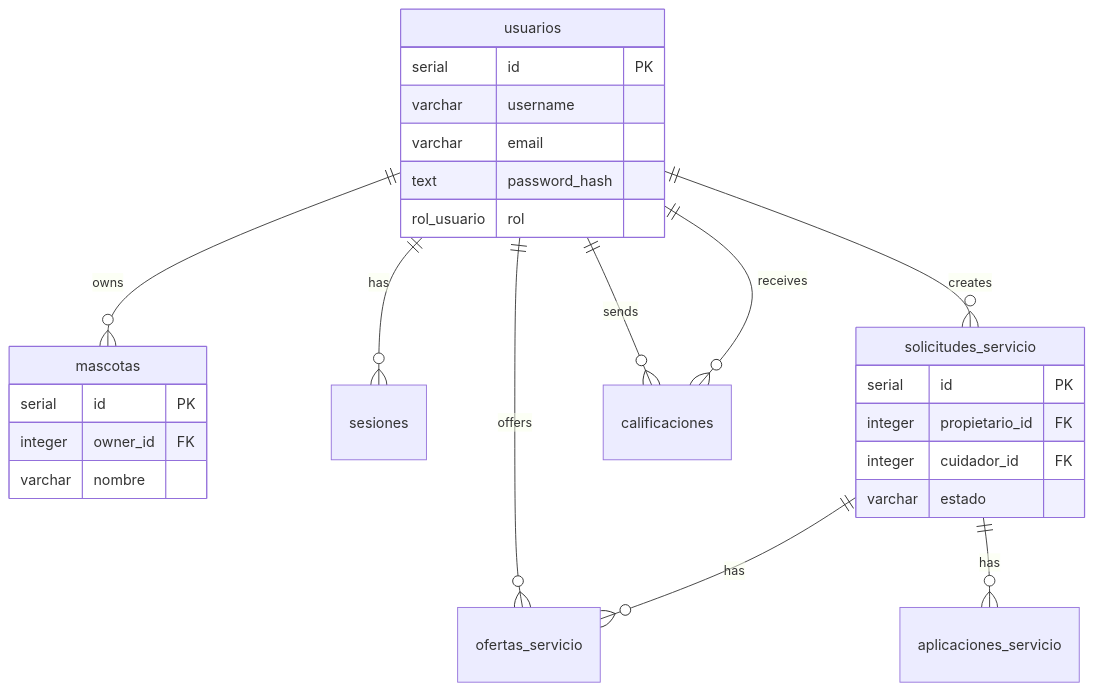
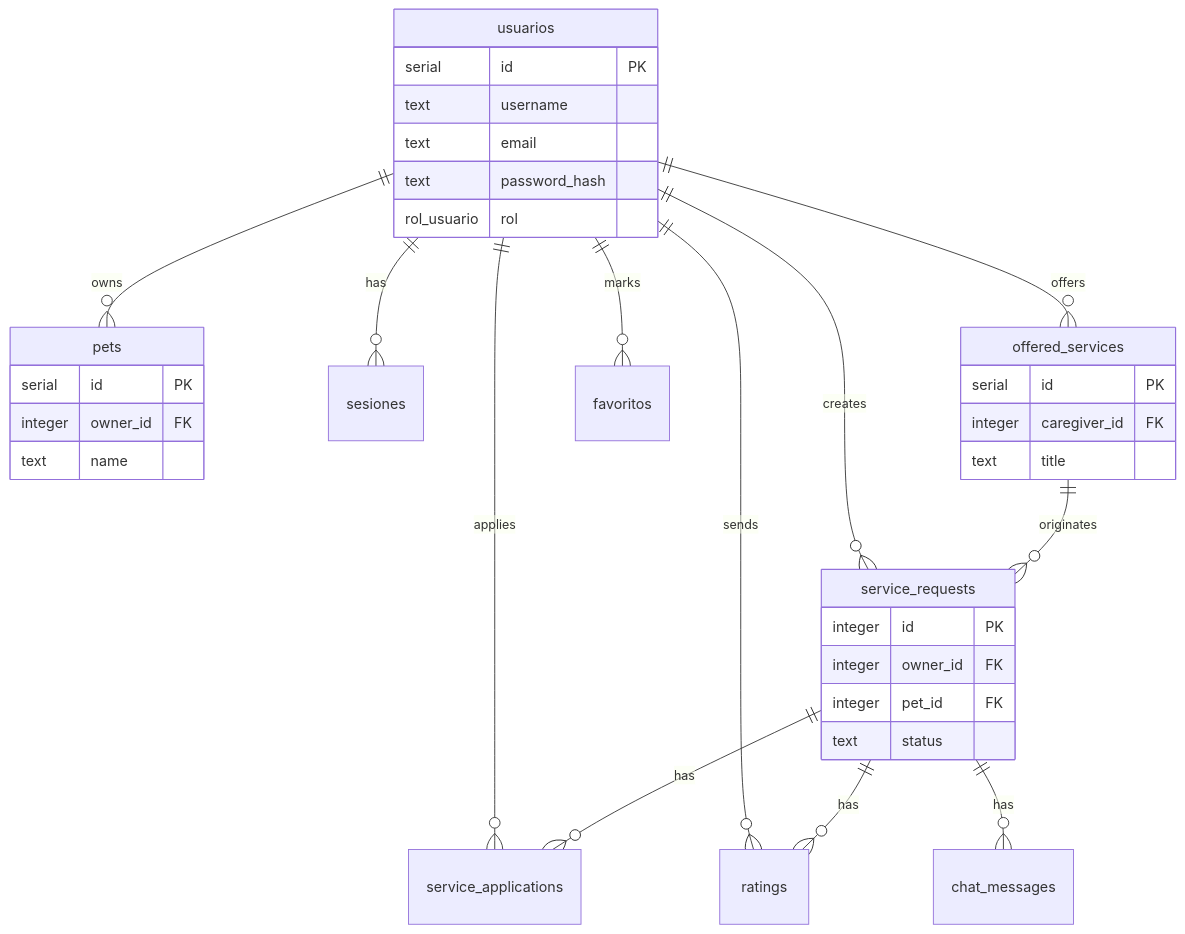
One commit to VanessaA1A/petcare-bd changed the diagram in README.md. Above: the diagram before and after it, drawn with Mermaid. The commit also changed other lines of this file and 1 other file, not shown here.

First line of the commit message:
docs: rewrite README and add MIGRATIONS.md for the real schema

````diff
--- a/README.md
+++ b/README.md
@@ -137,32 +196,41 @@
 ```mermaid
 erDiagram
-    usuarios ||--o{ mascotas : owns
+    usuarios ||--o{ pets : owns
     usuarios ||--o{ sesiones : has
-    usuarios ||--o{ solicitudes_servicio : creates
-    usuarios ||--o{ ofertas_servicio : offers
-    usuarios ||--o{ calificaciones : sends
-    usuarios ||--o{ calificaciones : receives
-    solicitudes_servicio ||--o{ ofertas_servicio : has
-    solicitudes_servicio ||--o{ aplicaciones_servicio : has
+    usuarios ||--o{ service_requests : creates
+    usuarios ||--o{ offered_services : offers
+    usuarios ||--o{ service_applications : applies
+    usuarios ||--o{ ratings : sends
+    usuarios ||--o{ favoritos : marks
+    service_requests ||--o{ service_applications : has
+    service_requests ||--o{ ratings : has
+    service_requests ||--o{ chat_messages : has
+    offered_services ||--o{ service_requests : originates
 
     usuarios {
         serial id PK
-        varchar username
-        varchar email
+        text username
+        text email
         text password_hash
         rol_usuario rol
     }
 
-    mascotas {
+    pets {
         serial id PK
         integer owner_id FK
-        varchar nombre
+        text name
     }
 
-    solicitudes_servicio {
+    service_requests {
+        integer id PK
+        integer owner_id FK
+        integer pet_id FK
+        text status
+    }
+
+    offered_services {
         serial id PK
-        integer propietario_id FK
-        integer cuidador_id FK
-        varchar estado
+        integer caregiver_id FK
+        text title
     }
 ```
````
